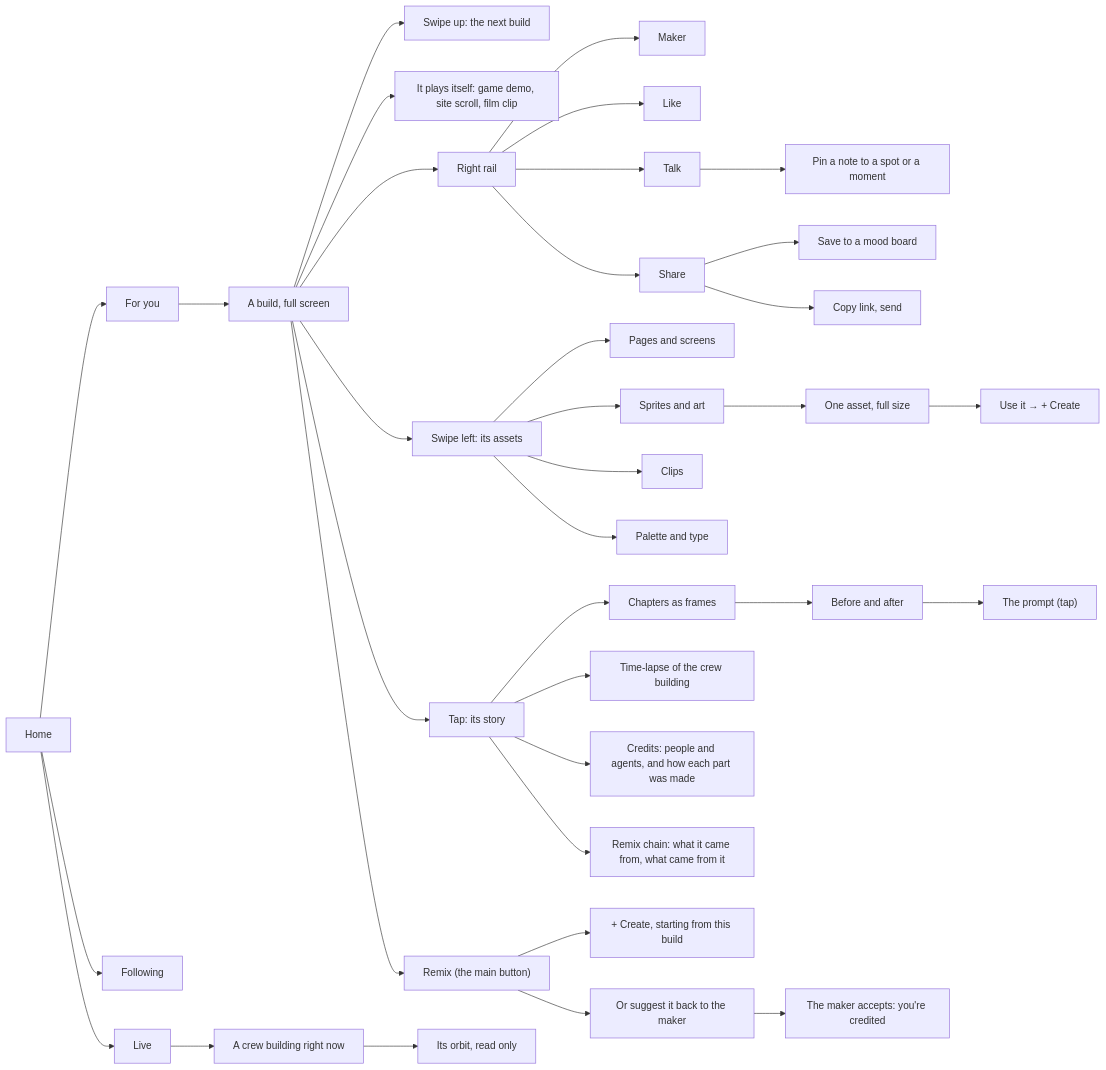
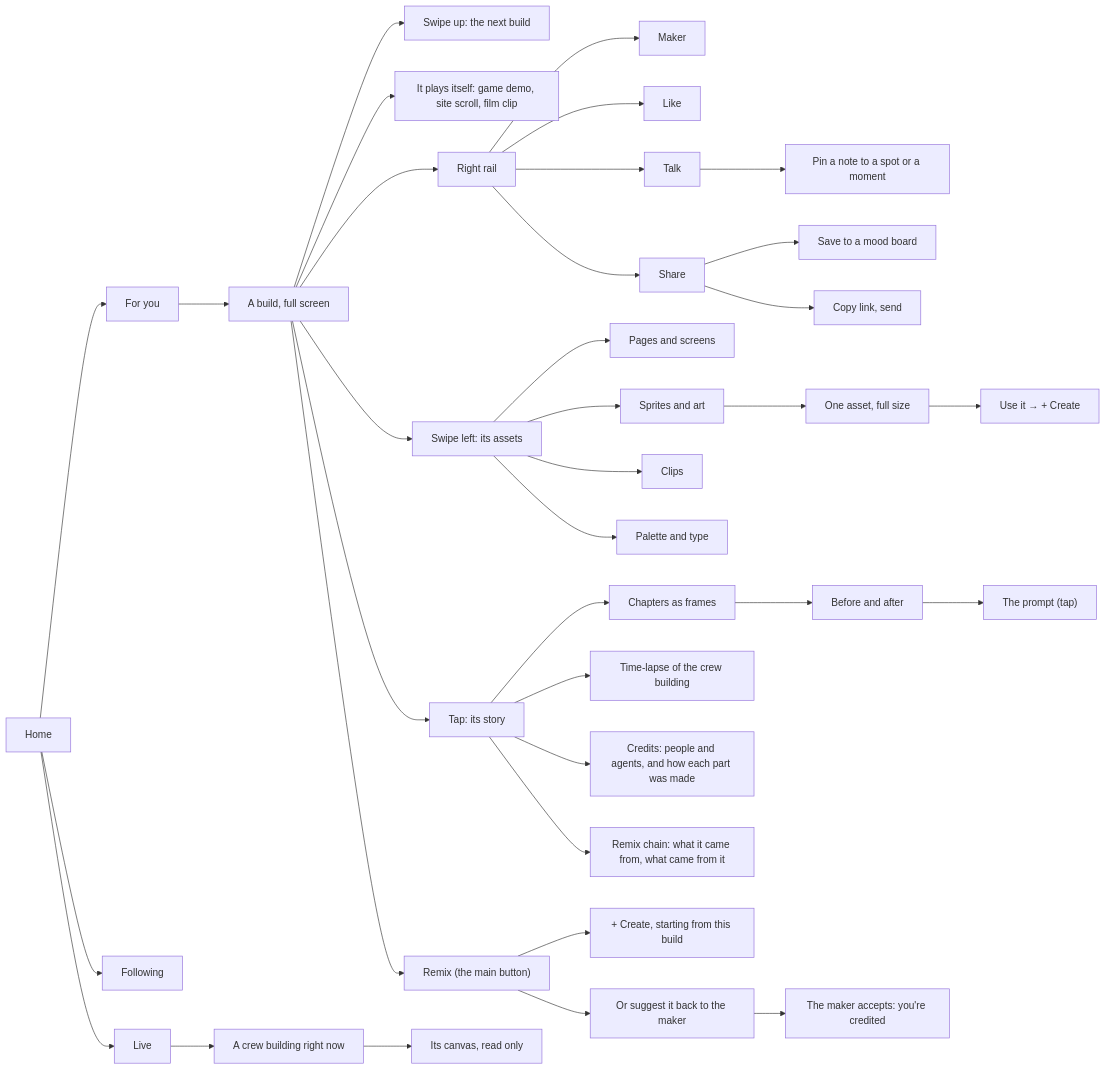
Before and after one commit to Pukujan/swarm-studio: the third of 24 diagrams in docs/ux/SITEMAP.md, drawn with Mermaid. The commit also changed other lines of this file and 19 other files, not shown here.

````diff
--- a/docs/ux/SITEMAP.md
+++ b/docs/ux/SITEMAP.md
@@ -60,37 +60,37 @@
 ```mermaid
 flowchart LR
   HOME[Home] --> FY[For you]
   HOME --> FO[Following]
   HOME --> LV[Live]
   FY --> B["A build, full screen"]
   B --> NX["Swipe up: the next build"]
   B --> PL["It plays itself: game demo, site scroll, film clip"]
   B --> RL[Right rail]
   B --> AS["Swipe left: its assets"]
   B --> SY["Tap: its story"]
   B --> RX["Remix (the main button)"]
   RL --> R1[Maker]
   RL --> R2[Like]
   RL --> R3[Talk]
   RL --> R4[Share]
   R3 --> TK1["Pin a note to a spot or a moment"]
   R4 --> SH1["Save to a mood board"]
   R4 --> SH2["Copy link, send"]
   AS --> A1[Pages and screens]
   AS --> A2[Sprites and art]
   AS --> A3[Clips]
   AS --> A4[Palette and type]
   A2 --> A5[One asset, full size]
   A5 --> A6["Use it → + Create"]
   SY --> C1["Chapters as frames"]
   C1 --> C2["Before and after"]
   C2 --> C3["The prompt (tap)"]
   SY --> C4["Time-lapse of the crew building"]
   SY --> C5["Credits: people and agents, and how each part was made"]
   SY --> C6["Remix chain: what it came from, what came from it"]
   RX --> RX1["+ Create, starting from this build"]
   RX --> RX2["Or suggest it back to the maker"]
   RX2 --> RX3["The maker accepts: you're credited"]
   LV --> LV1["A crew building right now"]
-  LV1 --> LV2["Its orbit, read only"]
+  LV1 --> LV2["Its canvas, read only"]
 ```
````
